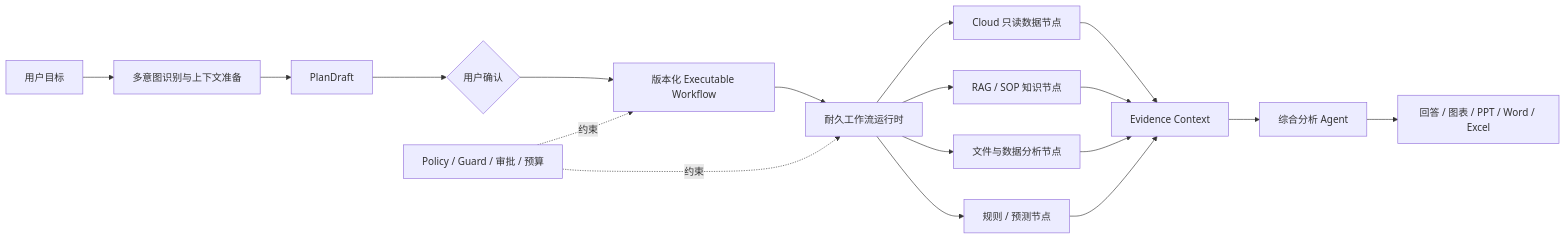
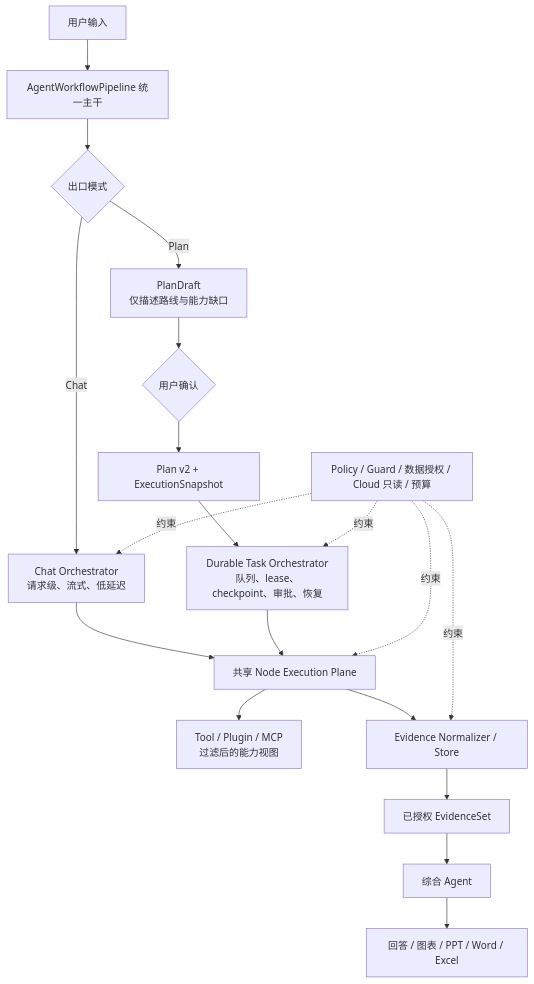
One commit to ShuJinHao/AICopilot changed the diagram in docs/AICopilot后续AI架构升级计划.md. Above: the diagram before and after it, drawn with Mermaid. The commit also changed other lines of this file and 1 other file, not shown here.

Commit message:
docs(ai): expand future architecture master plan

````diff
--- a/docs/AICopilot后续AI架构升级计划.md
+++ b/docs/AICopilot后续AI架构升级计划.md
@@ -108,24 +693,25 @@
 ```mermaid
-flowchart LR
-    U["用户目标"] --> I["多意图识别与上下文准备"]
-    I --> P["PlanDraft"]
-    P --> C{"用户确认"}
-    C --> W["版本化 Executable Workflow"]
-    W --> R["耐久工作流运行时"]
+flowchart TD
+    U["用户输入"] --> P["AgentWorkflowPipeline 统一主干"]
+    P --> M{"出口模式"}
 
-    R --> N1["Cloud 只读数据节点"]
-    R --> N2["RAG / SOP 知识节点"]
-    R --> N3["文件与数据分析节点"]
-    R --> N4["规则 / 预测节点"]
+    M -->|"Chat"| C["Chat Orchestrator<br/>请求级、流式、低延迟"]
+    M -->|"Plan"| D["PlanDraft<br/>仅描述路线与能力缺口"]
+    D --> H{"用户确认"}
+    H --> X["Plan v2 + ExecutionSnapshot"]
+    X --> R["Durable Task Orchestrator<br/>队列、lease、checkpoint、审批、恢复"]
 
-    N1 --> E["Evidence Context"]
-    N2 --> E
-    N3 --> E
-    N4 --> E
+    C --> N["共享 Node Execution Plane"]
+    R --> N
 
-    E --> A["综合分析 Agent"]
+    N --> T["Tool / Plugin / MCP<br/>过滤后的能力视图"]
+    N --> E["Evidence Normalizer / Store"]
+    E --> S["已授权 EvidenceSet"]
+    S --> A["综合 Agent"]
     A --> O["回答 / 图表 / PPT / Word / Excel"]
 
-    G["Policy / Guard / 审批 / 预算"] -.约束.-> W
+    G["Policy / Guard / 数据授权 / Cloud 只读 / 预算"] -.约束.-> C
     G -.约束.-> R
+    G -.约束.-> N
+    G -.约束.-> E
 ```
````
